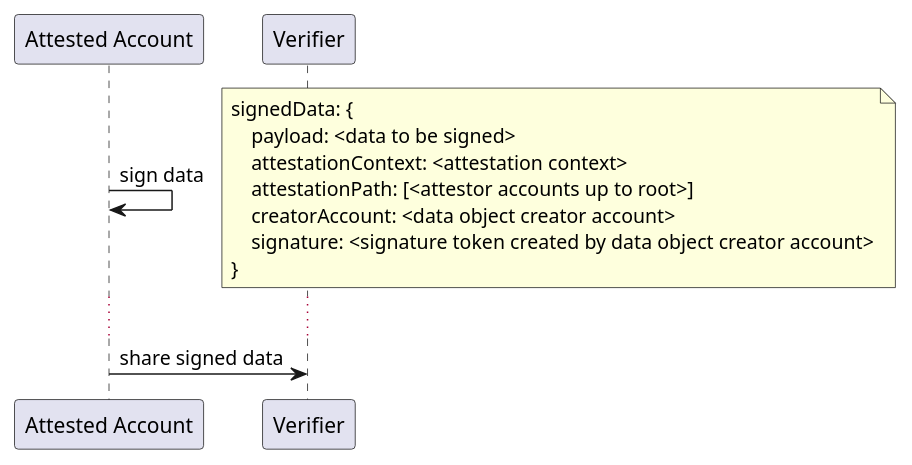
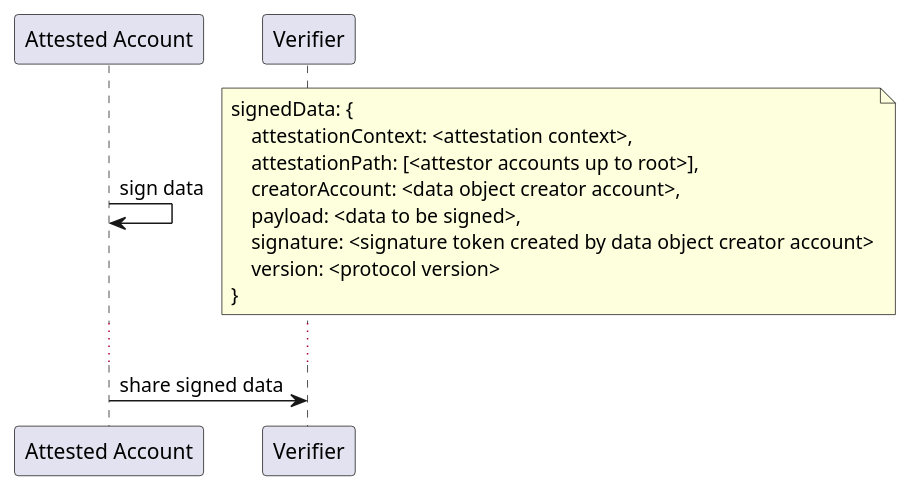
Before and after one commit to masterbtc/documentation-1: the diagram in docs/plantUml/src/attestation-protocol/data-signing-workflow.puml, drawn with PlantUML. The commit also changed 4 other files, not shown here.

Commit message:
added protocol version to signed data object

```diff
--- a/docs/plantUml/src/attestation-protocol/data-signing-workflow.puml
+++ b/docs/plantUml/src/attestation-protocol/data-signing-workflow.puml
@@ -18,23 +18,24 @@
 @startuml
 
 
 participant "Attested Account" as ATTE
 participant "Verifier" as VERI
 
 
 ATTE -> ATTE: sign data
 note right
     signedData: {
-        payload: <data to be signed>
-        attestationContext: <attestation context>
-        attestationPath: [<attestor accounts up to root>]
-        creatorAccount: <data object creator account>
+        attestationContext: <attestation context>,
+        attestationPath: [<attestor accounts up to root>],
+        creatorAccount: <data object creator account>,
+        payload: <data to be signed>,
         signature: <signature token created by data object creator account>
+        version: <protocol version>
     }
 end note
 
 
 ...
 ATTE -> VERI: share signed data
 
 @enduml
```
